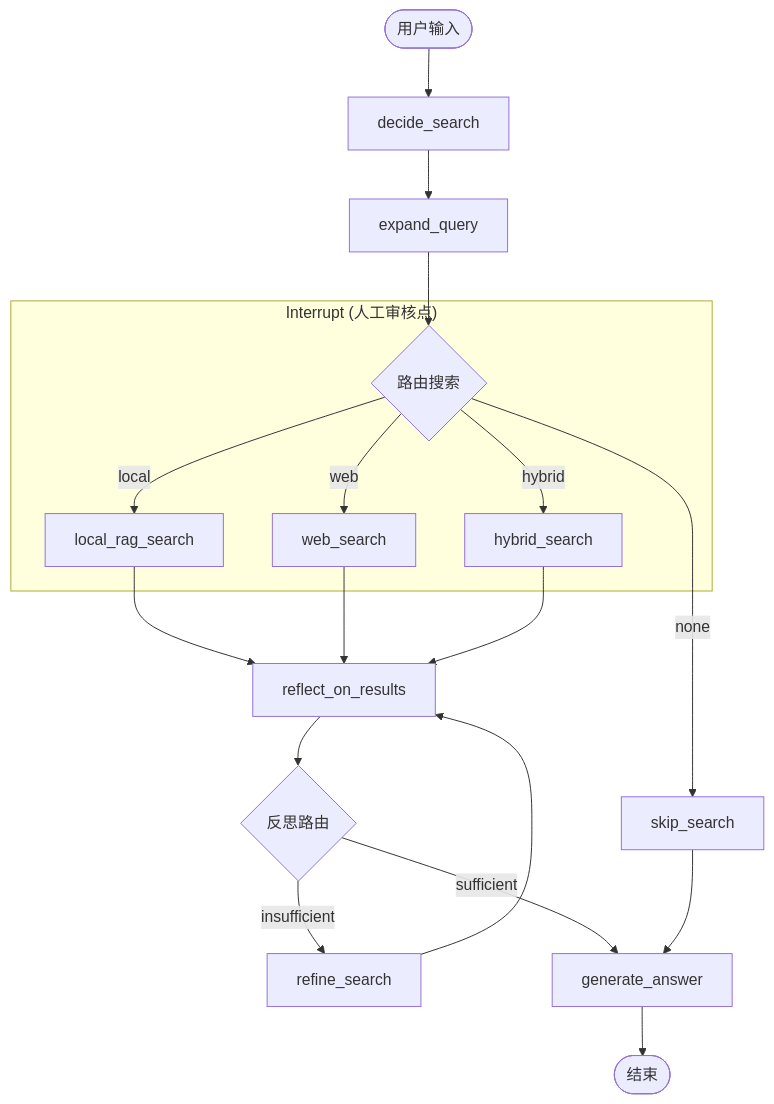
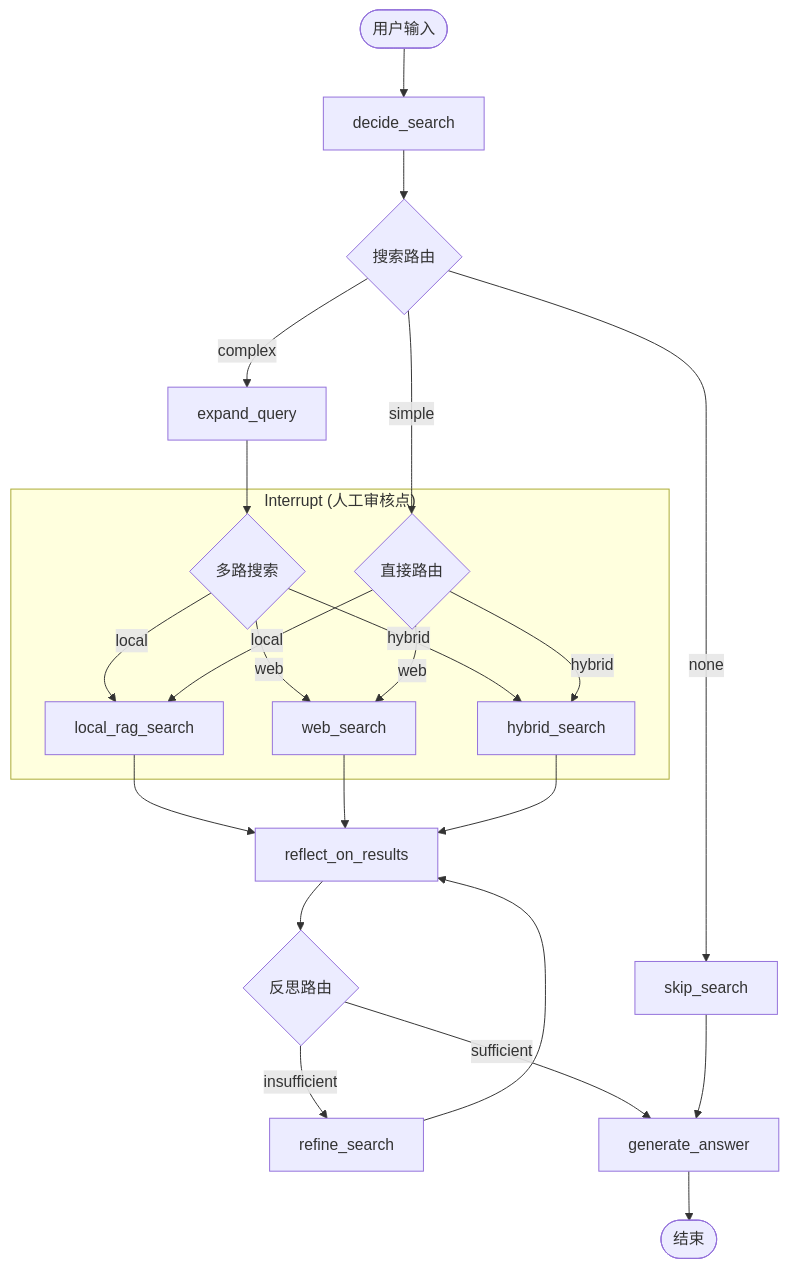
Before and after one commit to bisuwuss-netizen/smart-search-assistant: the diagram in README.md, drawn with Mermaid. The commit also changed 9 other files, not shown here.

First line of the commit message:
feat: Implement Multi-Query parallel search with A/B testing framework

````diff
--- a/README.md
+++ b/README.md
@@ -22,26 +22,33 @@
 ```mermaid
 graph TD
     User([用户输入]) --> decide[decide_search]
-    decide --> expand[expand_query]
-    expand --> route_search{路由搜索}
+    decide --> route_decide{搜索路由}
+    
+    route_decide -- none --> skip_search[skip_search]
+    route_decide -- complex --> expand[expand_query]
+    route_decide -- simple --> route_search_direct{直接路由}
+    
+    expand --> route_search{多路搜索}
     
     subgraph "Interrupt (人工审核点)"
     route_search -- local --> local_rag[local_rag_search]
     route_search -- web --> web_search[web_search]
     route_search -- hybrid --> hybrid_search[hybrid_search]
+    
+    route_search_direct -- local --> local_rag
+    route_search_direct -- web --> web_search
+    route_search_direct -- hybrid --> hybrid_search
     end
-    
-    route_search -- none --> skip_search[skip_search]
     
     local_rag --> reflector[reflect_on_results]
     web_search --> reflector
     hybrid_search --> reflector
     
     reflector --> route_reflect{反思路由}
     route_reflect -- insufficient --> refine[refine_search]
     refine --> reflector
     route_reflect -- sufficient --> answer[generate_answer]
     
     skip_search --> answer
     answer --> END([结束])
 ```
````
